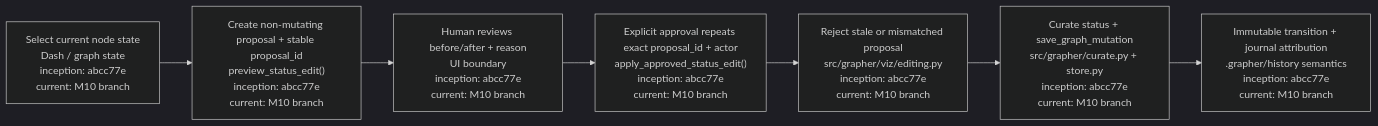
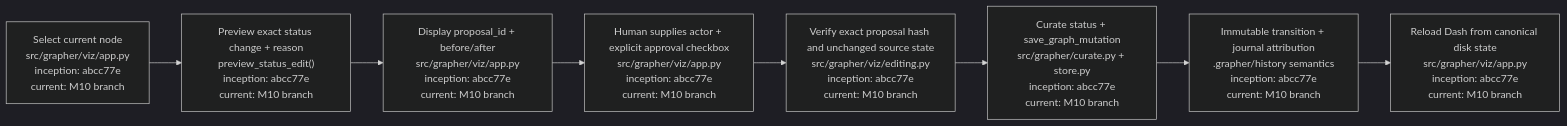
Before and after one commit to seanbman/grapher: the third of 3 diagrams in docs/M10_CURSOR_DASH_EDITING.md, drawn with Mermaid (dark theme). The commit also changed other lines of this file, not shown here.

Commit message:
docs: document wired Dash approval flow

````diff
--- a/docs/M10_CURSOR_DASH_EDITING.md
+++ b/docs/M10_CURSOR_DASH_EDITING.md
@@ -35,12 +35,13 @@
 ```mermaid
 flowchart LR
-    SELECT["Select current node state\nDash / graph state\ninception: abcc77e\ncurrent: M10 branch"]
-    PREVIEW["Create non-mutating proposal + stable proposal_id\npreview_status_edit()\ninception: abcc77e\ncurrent: M10 branch"]
-    REVIEW["Human reviews before/after + reason\nUI boundary\ninception: abcc77e\ncurrent: M10 branch"]
-    APPROVE["Explicit approval repeats exact proposal_id + actor\napply_approved_status_edit()\ninception: abcc77e\ncurrent: M10 branch"]
-    CHECK["Reject stale or mismatched proposal\nsrc/grapher/viz/editing.py\ninception: abcc77e\ncurrent: M10 branch"]
+    SELECT["Select current node\nsrc/grapher/viz/app.py\ninception: abcc77e\ncurrent: M10 branch"]
+    PREVIEW["Preview exact status change + reason\npreview_status_edit()\ninception: abcc77e\ncurrent: M10 branch"]
+    DISPLAY["Display proposal_id + before/after\nsrc/grapher/viz/app.py\ninception: abcc77e\ncurrent: M10 branch"]
+    APPROVE["Human supplies actor + explicit approval checkbox\nsrc/grapher/viz/app.py\ninception: abcc77e\ncurrent: M10 branch"]
+    CHECK["Verify exact proposal hash and unchanged source state\nsrc/grapher/viz/editing.py\ninception: abcc77e\ncurrent: M10 branch"]
     MUTATE["Curate status + save_graph_mutation\nsrc/grapher/curate.py + store.py\ninception: abcc77e\ncurrent: M10 branch"]
+    RELOAD["Reload Dash from canonical disk state\nsrc/grapher/viz/app.py\ninception: abcc77e\ncurrent: M10 branch"]
     HISTORY["Immutable transition + journal attribution\n.grapher/history semantics\ninception: abcc77e\ncurrent: M10 branch"]
 
-    SELECT --> PREVIEW --> REVIEW --> APPROVE --> CHECK --> MUTATE --> HISTORY
+    SELECT --> PREVIEW --> DISPLAY --> APPROVE --> CHECK --> MUTATE --> HISTORY --> RELOAD
 ```
````
